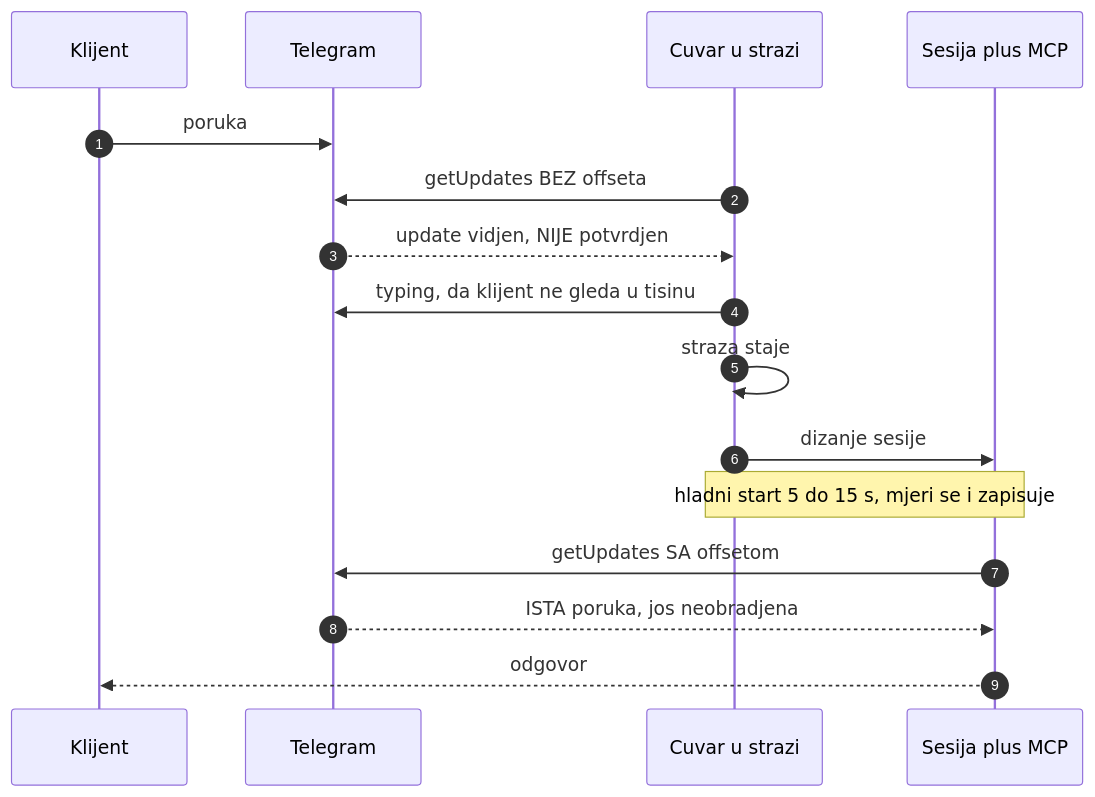
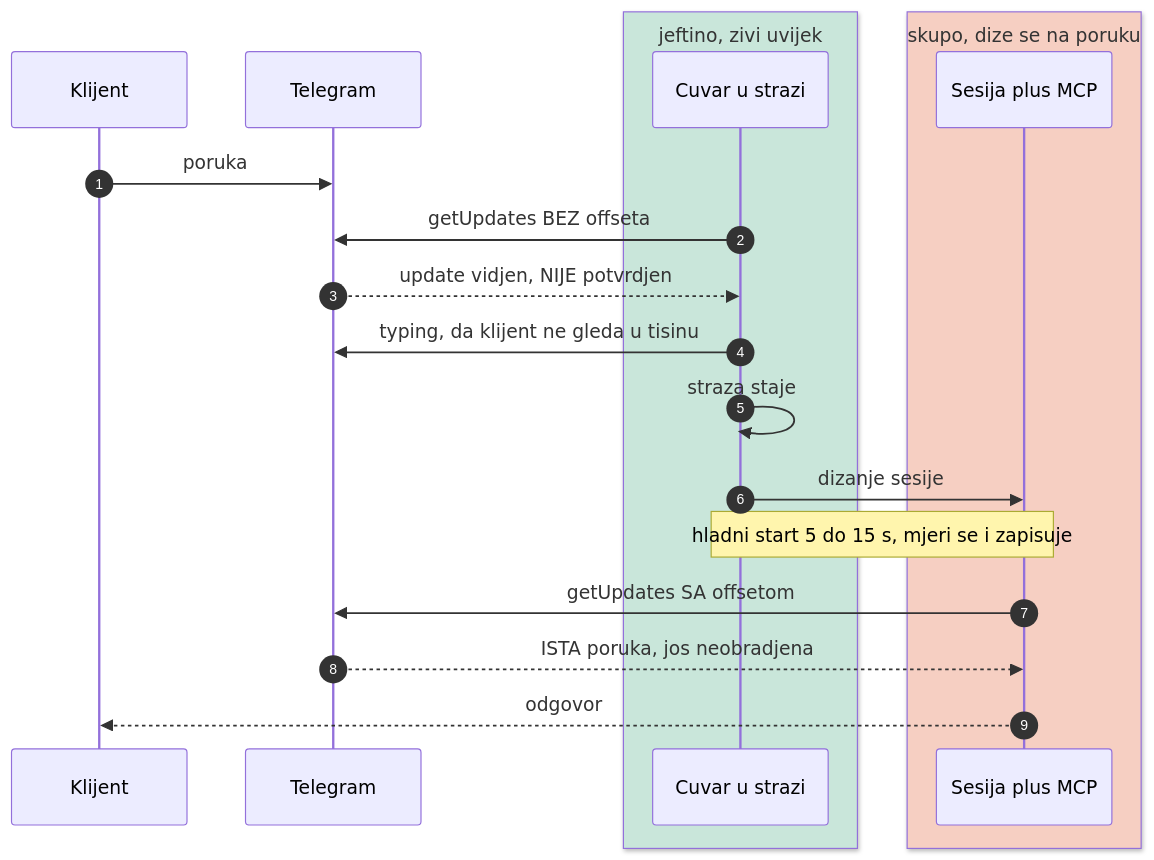
The seventh of 9 diagrams in olx-dokumentacija/arhitektura.md (mob-dev-org/olx-mcp-api), drawn with Mermaid before and after one commit. The commit also changed other lines of this file and 2 other files, not shown here.

````diff
--- a/olx-dokumentacija/arhitektura.md
+++ b/olx-dokumentacija/arhitektura.md
@@ -448,19 +453,23 @@
 ```mermaid
 sequenceDiagram
     autonumber
     participant K as Klijent
     participant T as Telegram
+    box rgb(201,230,218) jeftino, zivi uvijek
     participant C as Cuvar u strazi
+    end
+    box rgb(246,207,194) skupo, dize se na poruku
     participant S as Sesija plus MCP
+    end
 
     K->>T: poruka
     C->>T: getUpdates BEZ offseta
     T-->>C: update vidjen, NIJE potvrdjen
     C->>T: typing, da klijent ne gleda u tisinu
     C->>C: straza staje
     C->>S: dizanje sesije
     Note over C,S: hladni start 5 do 15 s, mjeri se i zapisuje
     S->>T: getUpdates SA offsetom
     T-->>S: ISTA poruka, jos neobradjena
     S-->>K: odgovor
 ```
````
